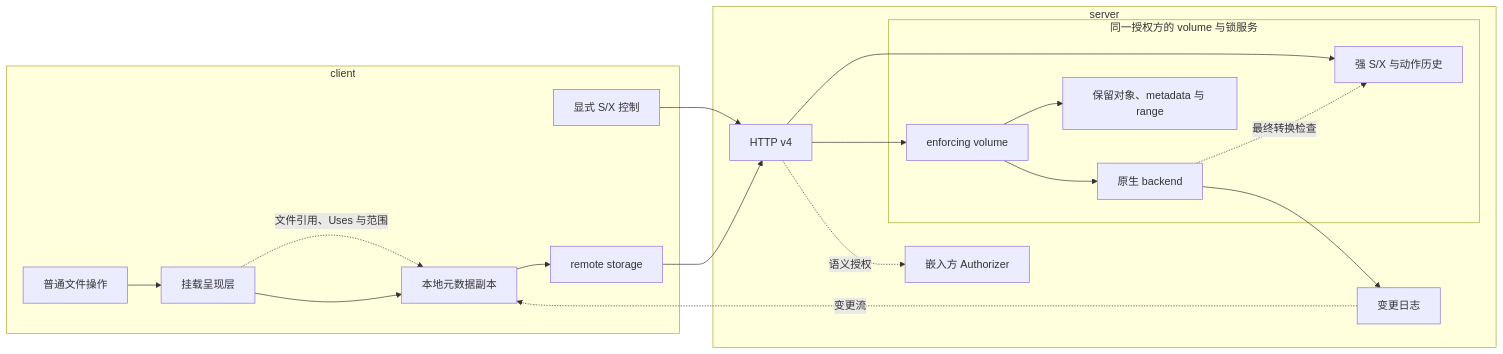
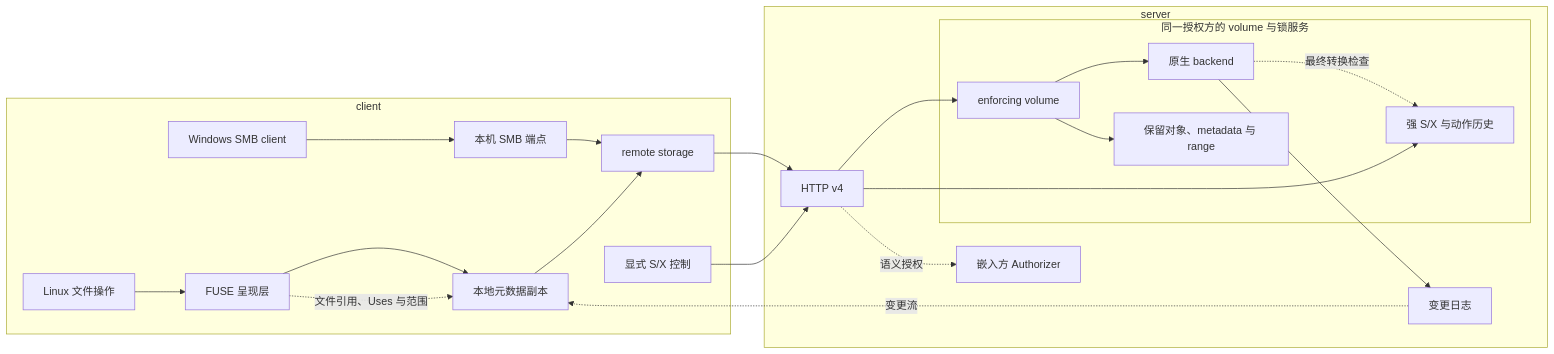
One commit to codetreker/remote-fs changed the diagram in docs/design/architecture.md. Above: the diagram before and after it, drawn with Mermaid. The commit also changed other lines of this file and 46 other files, not shown here.

````diff
--- a/docs/design/architecture.md
+++ b/docs/design/architecture.md
@@ -17,27 +17,29 @@
 ```mermaid
 flowchart LR
     subgraph client[client]
-        App[普通文件操作] --> Fuse[挂载呈现层]
+        LinuxApp[Linux 文件操作] --> Fuse[FUSE 呈现层]
+        WindowsApp[Windows SMB client] --> SMB[本机 SMB 端点]
         Fuse --> Replica[本地元数据副本]
+        SMB --> Remote
         Replica --> Remote[remote storage]
         SDK[显式 S/X 控制]
         Fuse -. 文件引用、Uses 与范围 .-> Replica
     end
     subgraph server[server]
         HTTP[HTTP v4]
         subgraph Pair[同一授权方的 volume 与锁服务]
             volume[enforcing volume] --> Backend[原生 backend]
             Authority[强 S/X 与动作历史]
             Files[保留对象、metadata 与 range]
             volume --> Files
             Backend -. 最终转换检查 .-> Authority
         end
         HTTP -. 语义授权 .-> Policy[嵌入方 Authorizer]
         HTTP --> volume
         HTTP --> Authority
         Backend --> Log[变更日志]
     end
     Remote --> HTTP
     SDK --> HTTP
     Log -. 变更流 .-> Replica
 ```
````
